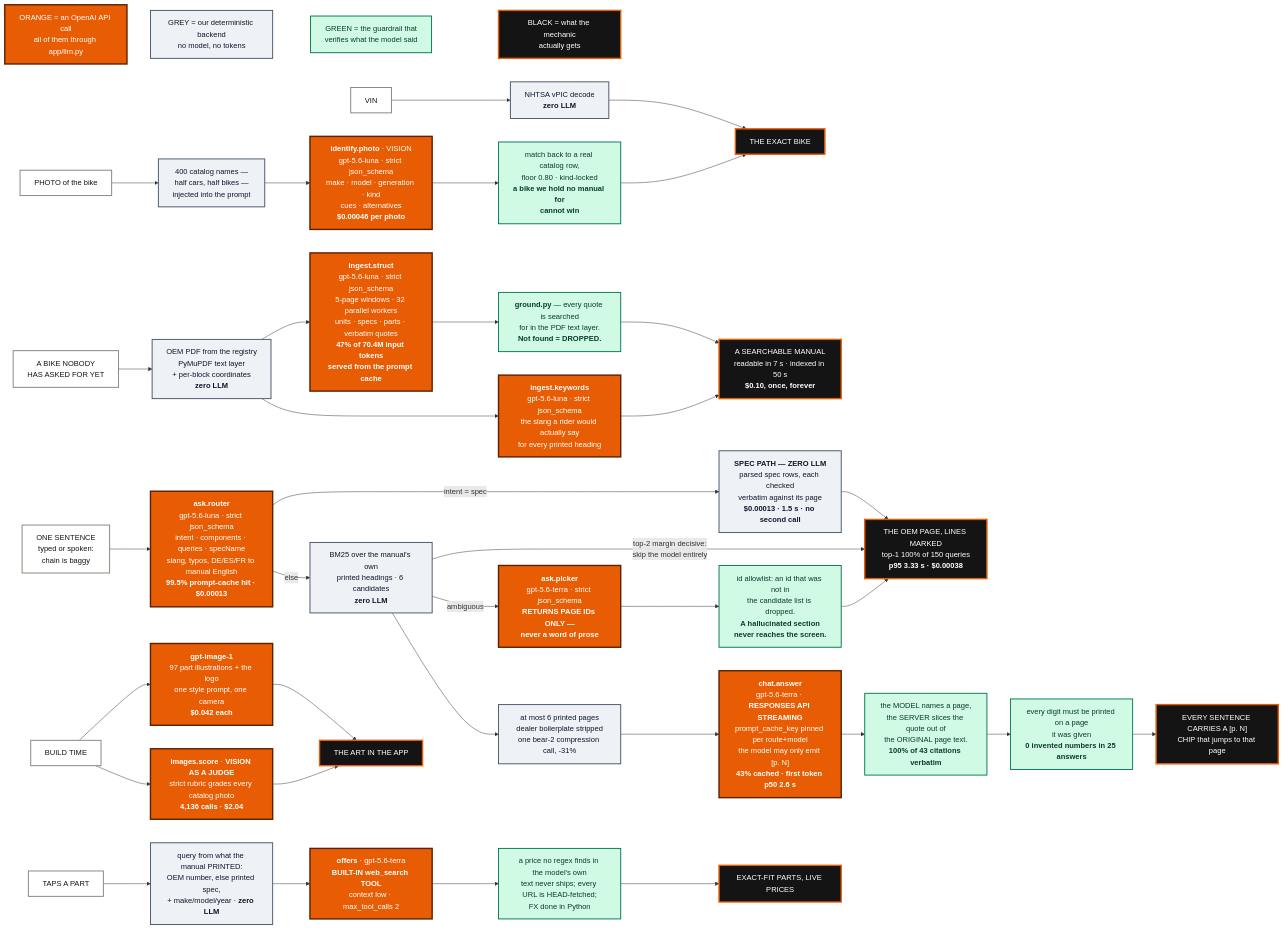
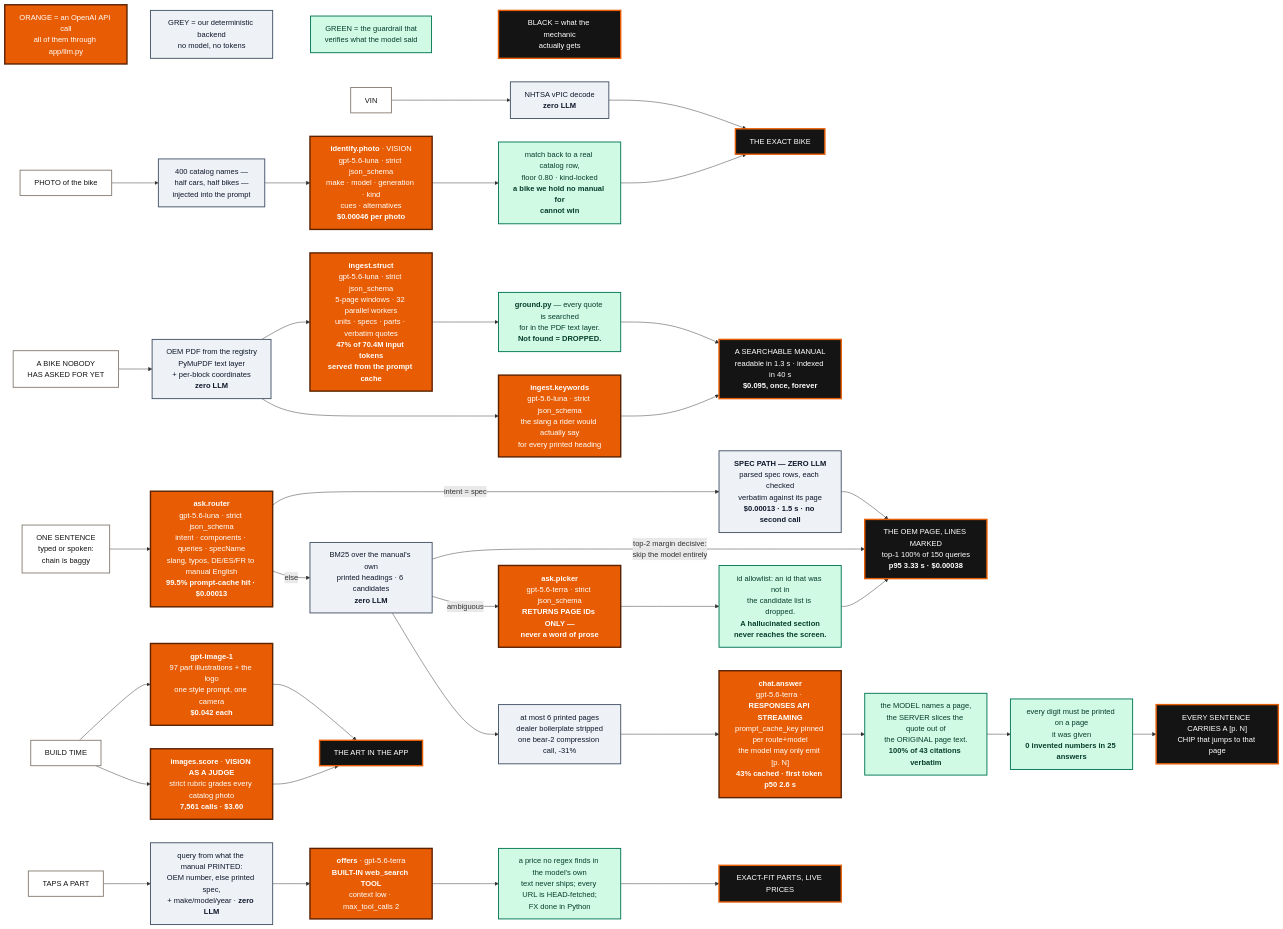
One commit to lxorb/mechanica changed the diagram in docs/pitches/openai.md. Above: the diagram before and after it, drawn with Mermaid. The commit also changed other lines of this file and 857 other files, not shown here.

````diff
--- a/docs/pitches/openai.md
+++ b/docs/pitches/openai.md
@@ -78,67 +83,67 @@
 ```mermaid
 flowchart LR
     LG1["ORANGE = an OpenAI API call<br/>all of them through app/llm.py"]:::ai
     LG2["GREY = our deterministic backend<br/>no model, no tokens"]:::det
     LG3["GREEN = the guardrail that<br/>verifies what the model said"]:::guard
     LG4["BLACK = what the mechanic<br/>actually gets"]:::ship
     LG1 ~~~ LG2 ~~~ LG3 ~~~ LG4
 
     S1["PHOTO of the bike"]:::ui
     S2["VIN"]:::ui
     D0["400 catalog names —<br/>half cars, half bikes —<br/>injected into the prompt"]:::det
     A1["<b>identify.photo</b> · VISION<br/>gpt-5.6-luna · strict json_schema<br/>make · model · generation · kind<br/>cues · alternatives<br/><b>$0.00046 per photo</b>"]:::ai
     G1["match back to a real catalog row,<br/>floor 0.80 · kind-locked<br/><b>a bike we hold no manual for<br/>cannot win</b>"]:::guard
     D1["NHTSA vPIC decode<br/><b>zero LLM</b>"]:::det
     R1["THE EXACT BIKE"]:::ship
     S1 --> D0 --> A1 --> G1 --> R1
     S2 --> D1 --> R1
 
     S3["A BIKE NOBODY<br/>HAS ASKED FOR YET"]:::ui
     D2["OEM PDF from the registry<br/>PyMuPDF text layer<br/>+ per-block coordinates<br/><b>zero LLM</b>"]:::det
     A2["<b>ingest.struct</b><br/>gpt-5.6-luna · strict json_schema<br/>5-page windows · 32 parallel workers<br/>units · specs · parts · verbatim quotes<br/><b>47% of 70.4M input tokens<br/>served from the prompt cache</b>"]:::ai
     A3["<b>ingest.keywords</b><br/>gpt-5.6-luna · strict json_schema<br/>the slang a rider would actually say<br/>for every printed heading"]:::ai
     G2["<b>ground.py</b> — every quote is searched<br/>for in the PDF text layer.<br/><b>Not found = DROPPED.</b>"]:::guard
-    R2["A SEARCHABLE MANUAL<br/>readable in 7 s · indexed in 50 s<br/><b>$0.10, once, forever</b>"]:::ship
+    R2["A SEARCHABLE MANUAL<br/>readable in 1.3 s · indexed in 40 s<br/><b>$0.095, once, forever</b>"]:::ship
     S3 --> D2 --> A2 --> G2 --> R2
     D2 --> A3 --> R2
 
     S4["ONE SENTENCE<br/>typed or spoken:<br/>chain is baggy"]:::ui
     A4["<b>ask.router</b><br/>gpt-5.6-luna · strict json_schema<br/>intent · components · queries · specName<br/>slang, typos, DE/ES/FR to manual English<br/><b>99.5% prompt-cache hit · $0.00013</b>"]:::ai
     D4["<b>SPEC PATH — ZERO LLM</b><br/>parsed spec rows, each checked<br/>verbatim against its page<br/><b>$0.00013 · 1.5 s · no second call</b>"]:::det
     D3["BM25 over the manual's own<br/>printed headings · 6 candidates<br/><b>zero LLM</b>"]:::det
     A5["<b>ask.picker</b><br/>gpt-5.6-terra · strict json_schema<br/><b>RETURNS PAGE IDs ONLY —<br/>never a word of prose</b>"]:::ai
     G3["id allowlist: an id that was not in<br/>the candidate list is dropped.<br/><b>A hallucinated section<br/>never reaches the screen.</b>"]:::guard
     R3["THE OEM PAGE, LINES MARKED<br/>top-1 100% of 150 queries<br/><b>p95 3.33 s · $0.00038</b>"]:::ship
     S4 --> A4
     A4 -- "intent = spec" --> D4 --> R3
     A4 -- "else" --> D3
     D3 -- "top-2 margin decisive:<br/>skip the model entirely" --> R3
     D3 -- "ambiguous" --> A5 --> G3 --> R3
 
     D5["at most 6 printed pages<br/>dealer boilerplate stripped<br/>one bear-2 compression call, -31%"]:::det
     A6["<b>chat.answer</b><br/>gpt-5.6-terra · <b>RESPONSES API STREAMING</b><br/>prompt_cache_key pinned per route+model<br/>the model may only emit [p. N]<br/><b>43% cached · first token p50 2.6 s</b>"]:::ai
     G4["the MODEL names a page,<br/>the SERVER slices the quote out of<br/>the ORIGINAL page text.<br/><b>100% of 43 citations verbatim</b>"]:::guard
     G5["every digit must be printed on a page<br/>it was given<br/><b>0 invented numbers in 25 answers</b>"]:::guard
     R4["EVERY SENTENCE CARRIES A [p. N]<br/>CHIP that jumps to that page"]:::ship
     D3 --> D5 --> A6 --> G4 --> G5 --> R4
 
     S5["TAPS A PART"]:::ui
     D6["query from what the manual PRINTED:<br/>OEM number, else printed spec,<br/>+ make/model/year · <b>zero LLM</b>"]:::det
     A7["<b>offers</b> · gpt-5.6-terra<br/><b>BUILT-IN web_search TOOL</b><br/>context low · max_tool_calls 2"]:::ai
     G6["a price no regex finds in the model's own<br/>text never ships; every URL is HEAD-fetched;<br/>FX done in Python"]:::guard
     R5["EXACT-FIT PARTS, LIVE PRICES"]:::ship
     S5 --> D6 --> A7 --> G6 --> R5
 
     S6["BUILD TIME"]:::ui
     A8["<b>gpt-image-1</b><br/>97 part illustrations + the logo<br/>one style prompt, one camera<br/><b>$0.042 each</b>"]:::ai
-    A9["<b>images.score</b> · <b>VISION AS A JUDGE</b><br/>strict rubric grades every catalog photo<br/><b>4,136 calls · $2.04</b>"]:::ai
+    A9["<b>images.score</b> · <b>VISION AS A JUDGE</b><br/>strict rubric grades every catalog photo<br/><b>7,561 calls · $3.60</b>"]:::ai
     R6["THE ART IN THE APP"]:::ship
     S6 --> A8 --> R6
     S6 --> A9 --> R6
 
     classDef ai fill:#e85d04,stroke:#5c2200,stroke-width:3px,color:#ffffff
     classDef guard fill:#d1fae5,stroke:#047857,stroke-width:2px,color:#053e2c
     classDef det fill:#eef2f7,stroke:#475569,stroke-width:2px,color:#0f172a
     classDef ui fill:#ffffff,stroke:#8a8177,stroke-width:2px,color:#141414
     classDef ship fill:#141414,stroke:#e85d04,stroke-width:3px,color:#ffffff
 ```
````
